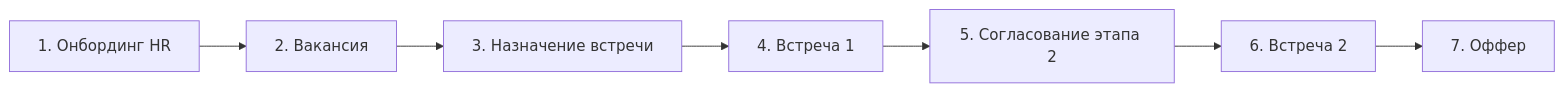
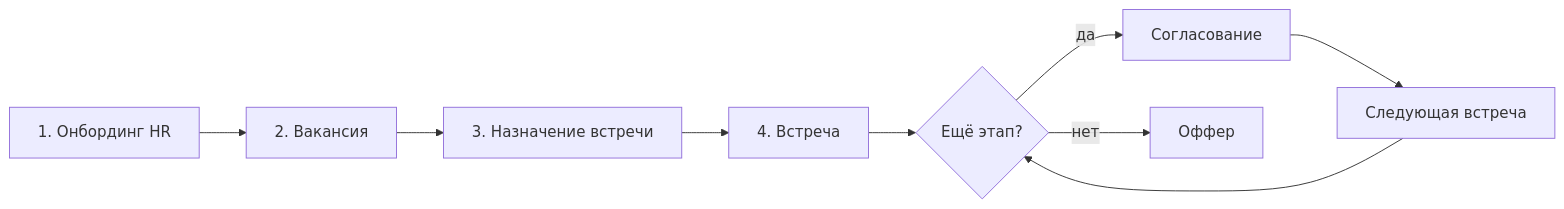
The diagram in PRDT/PRDT-01-00-00/PRDT-01-01-ideas/PRDT-01-01-01-conveyor.md (make-kzk/Vaibee), drawn with Mermaid before and after one commit. The commit also changed other lines of this file, not shown here.

````diff
--- a/PRDT/PRDT-01-00-00/PRDT-01-01-ideas/PRDT-01-01-01-conveyor.md
+++ b/PRDT/PRDT-01-00-00/PRDT-01-01-ideas/PRDT-01-01-01-conveyor.md
@@ -73,9 +72,11 @@
 ```mermaid
 flowchart LR
   A[1. Онбординг HR] --> B[2. Вакансия]
   B --> C[3. Назначение встречи]
-  C --> D[4. Встреча 1]
-  D --> E[5. Согласование этапа 2]
-  E --> F[6. Встреча 2]
-  F --> G[7. Оффер]
+  C --> D[4. Встреча]
+  D --> E{Ещё этап?}
+  E -->|да| F[Согласование]
+  F --> G[Следующая встреча]
+  G --> E
+  E -->|нет| H[Оффер]
 ```
````
